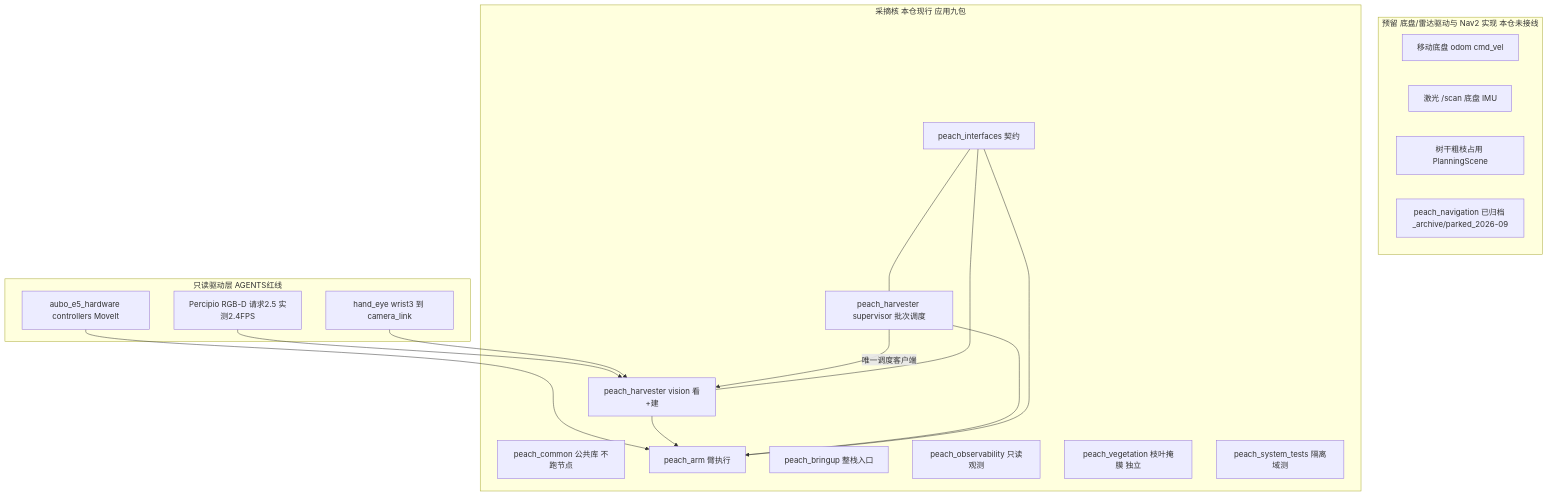
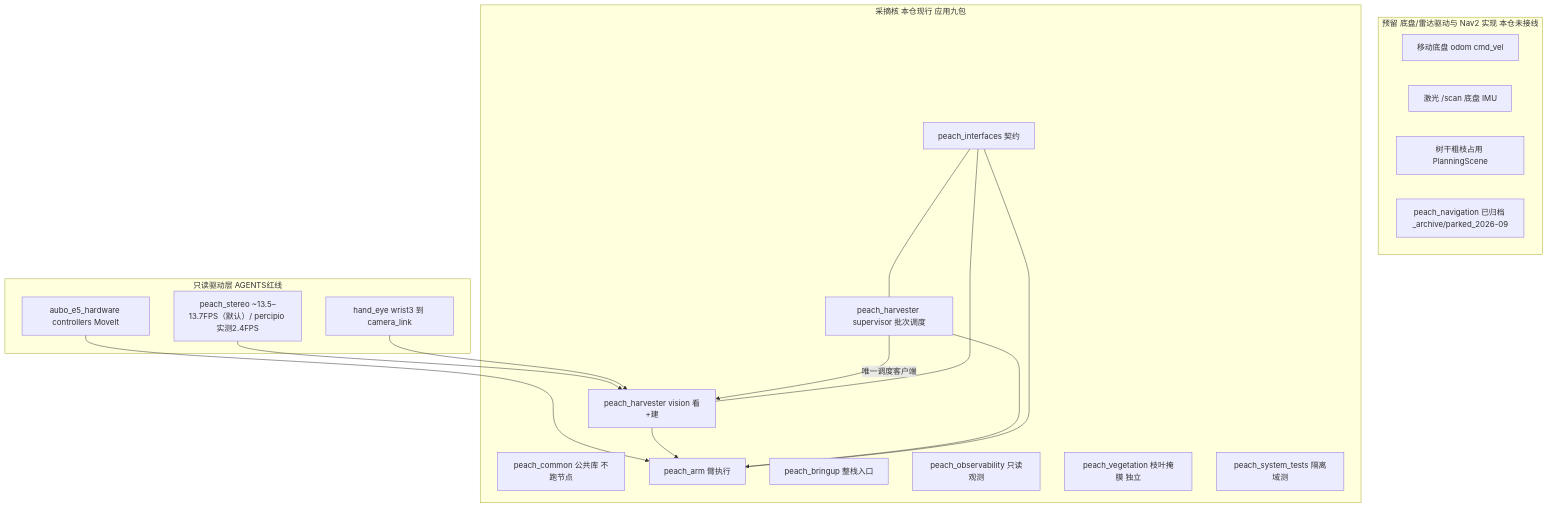
Before and after one commit to MUHAN11-c/aubo_boot: the third of 7 diagrams in src/peach/peach_bringup/doc/architecture.md, drawn with Mermaid. The commit also changed other lines of this file and 272 other files, not shown here.

````diff
--- a/src/peach/peach_bringup/doc/architecture.md
+++ b/src/peach/peach_bringup/doc/architecture.md
@@ -149,34 +149,34 @@
 ```mermaid
 flowchart TB
   subgraph reserved ["预留 底盘/雷达驱动与 Nav2 实现 本仓未接线"]
     chassis["移动底盘 odom cmd_vel"]
     lidar["激光 /scan 底盘 IMU"]
     occ["树干粗枝占用 PlanningScene"]
     navpark["peach_navigation 已归档 _archive/parked_2026-09"]
   end
   subgraph core ["采摘核 本仓现行 应用九包"]
     iface["peach_interfaces 契约"]
     common["peach_common 公共库 不跑节点"]
     perc["peach_harvester vision 看+建"]
     skills["peach_arm 臂执行"]
     exe["peach_harvester supervisor 批次调度"]
     bringup["peach_bringup 整栈入口"]
     obs["peach_observability 只读观测"]
     veg["peach_vegetation 枝叶掩膜 独立"]
     systest["peach_system_tests 隔离域测"]
   end
   subgraph hw ["只读驱动层 AGENTS红线"]
-    cam["Percipio RGB-D 请求2.5 实测2.4FPS"]
+    cam["peach_stereo ~13.5–13.7FPS（默认）/ percipio 实测2.4FPS"]
     arm["aubo_e5_hardware controllers MoveIt"]
     eye["hand_eye wrist3 到 camera_link"]
   end
   cam --> perc
   eye --> perc
   arm --> skills
   perc --> skills
   exe -->|"唯一调度客户端"| perc
   exe --> skills
   iface --- perc
   iface --- skills
   iface --- exe
 ```
````
